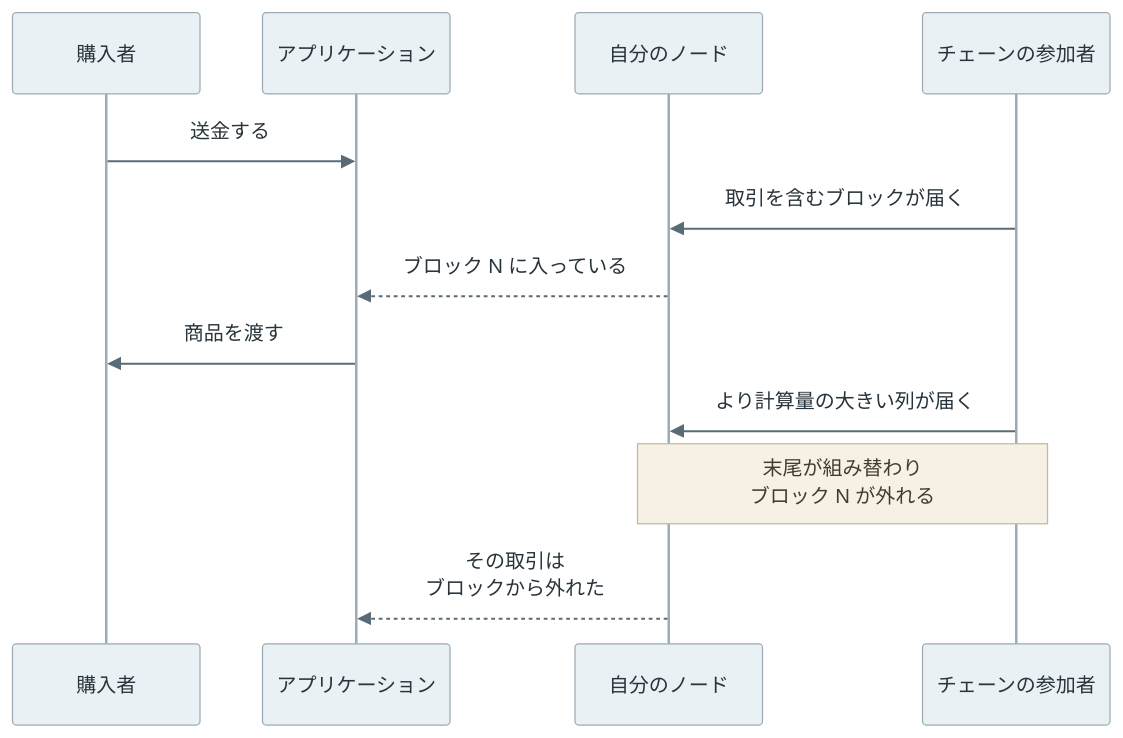
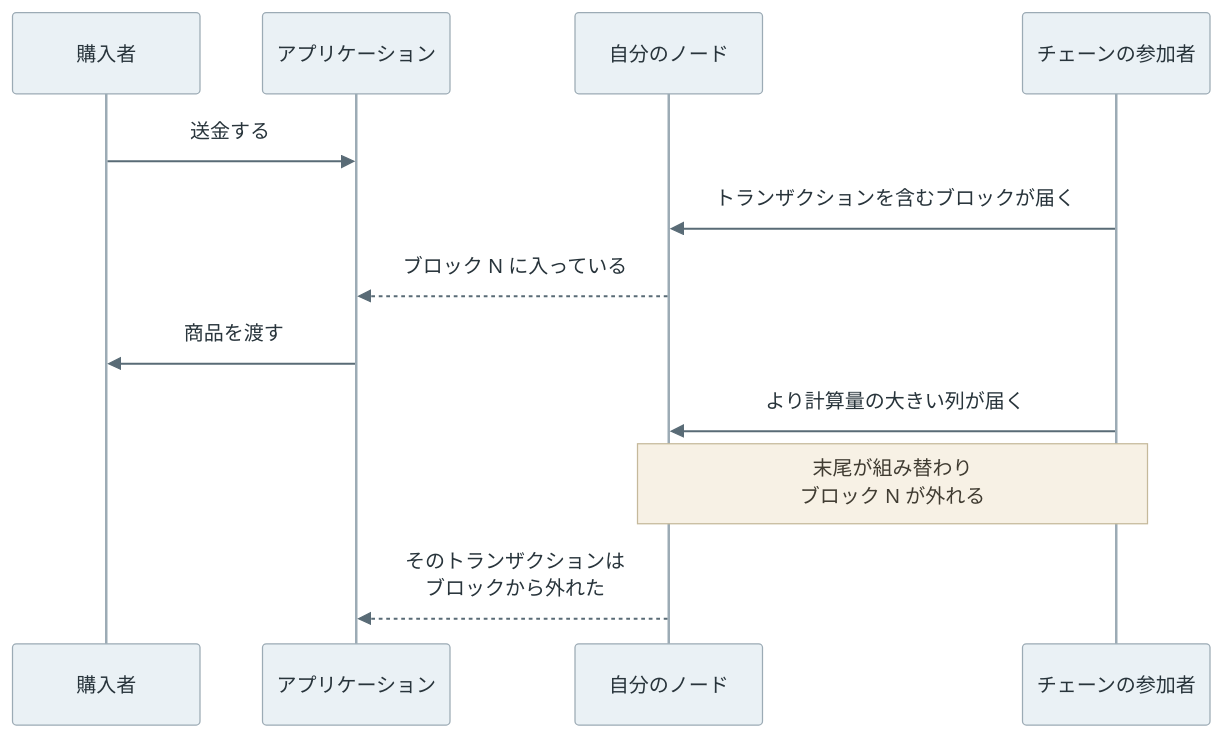
One commit to nao1215/debimate changed the third of 8 diagrams in content/notes/blockchain-systems/finality/index.md. Above: the diagram before and after it, drawn with Mermaid. The commit also changed other lines of this file and 129 other files, not shown here.

````diff
--- a/content/notes/blockchain-systems/finality/index.md
+++ b/content/notes/blockchain-systems/finality/index.md
@@ -65,15 +65,15 @@
 ```mermaid
 %%{init: {"theme":"base","themeVariables":{"primaryColor":"#eaf1f5","primaryTextColor":"#28343b","primaryBorderColor":"#9cabb5","lineColor":"#596b76","textColor":"#28343b","actorBkg":"#eaf1f5","actorBorder":"#9cabb5","actorTextColor":"#28343b","actorLineColor":"#9cabb5","signalColor":"#596b76","signalTextColor":"#28343b","noteBkgColor":"#f7f1e5","noteBorderColor":"#c5b99b","noteTextColor":"#403c32","activationBkgColor":"#edf3ef","activationBorderColor":"#9aafa1"}}}%%
 sequenceDiagram
     participant U as 購入者
     participant P as アプリケーション
     participant N as 自分のノード
     participant C as チェーンの参加者
     U->>P: 送金する
-    C->>N: 取引を含むブロックが届く
+    C->>N: トランザクションを含むブロックが届く
     N-->>P: ブロック N に入っている
     P->>U: 商品を渡す
     C->>N: より計算量の大きい列が届く
     Note over N,C: 末尾が組み替わり<br/>ブロック N が外れる
-    N-->>P: その取引は<br/>ブロックから外れた
+    N-->>P: そのトランザクションは<br/>ブロックから外れた
 ```
````
